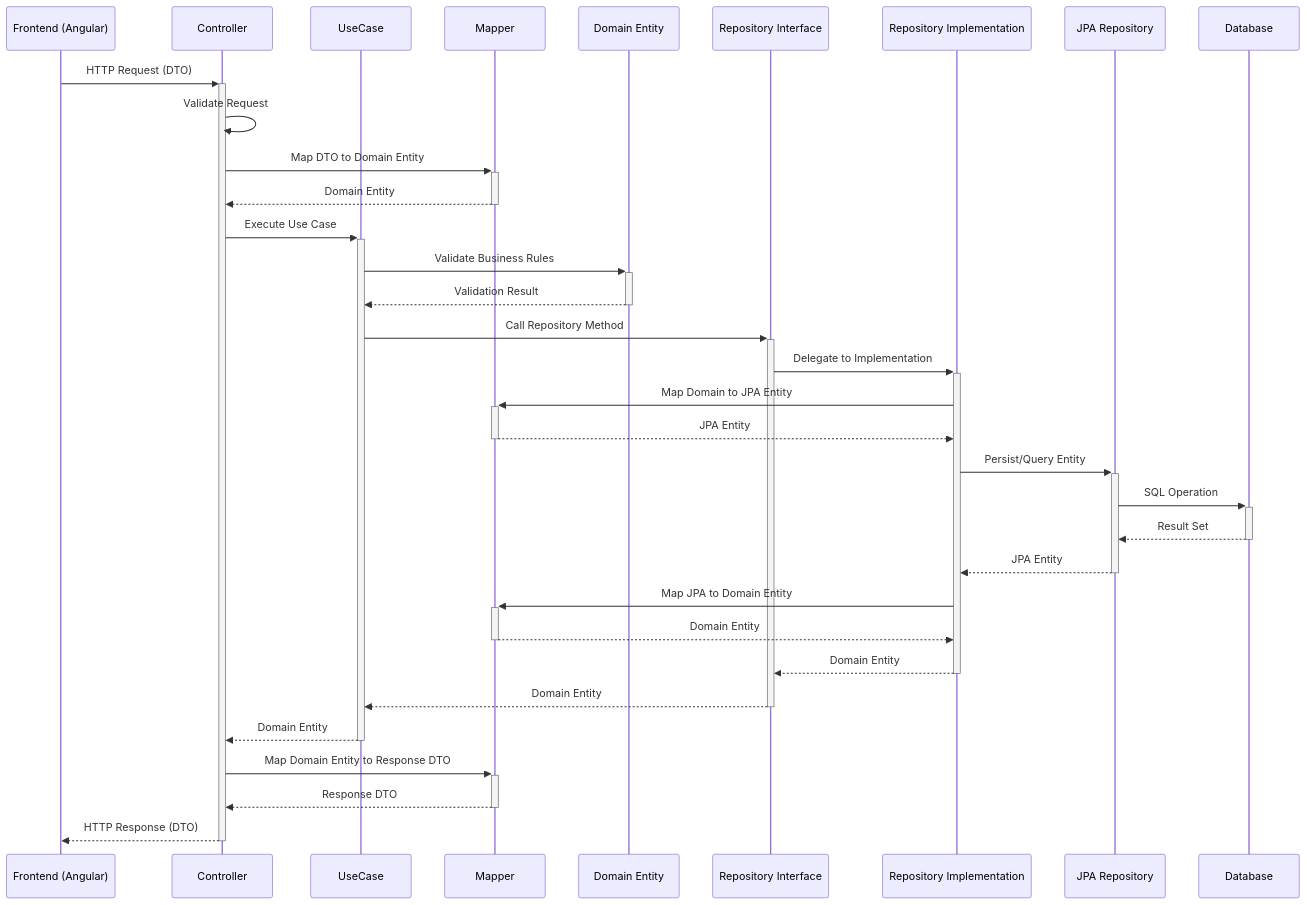
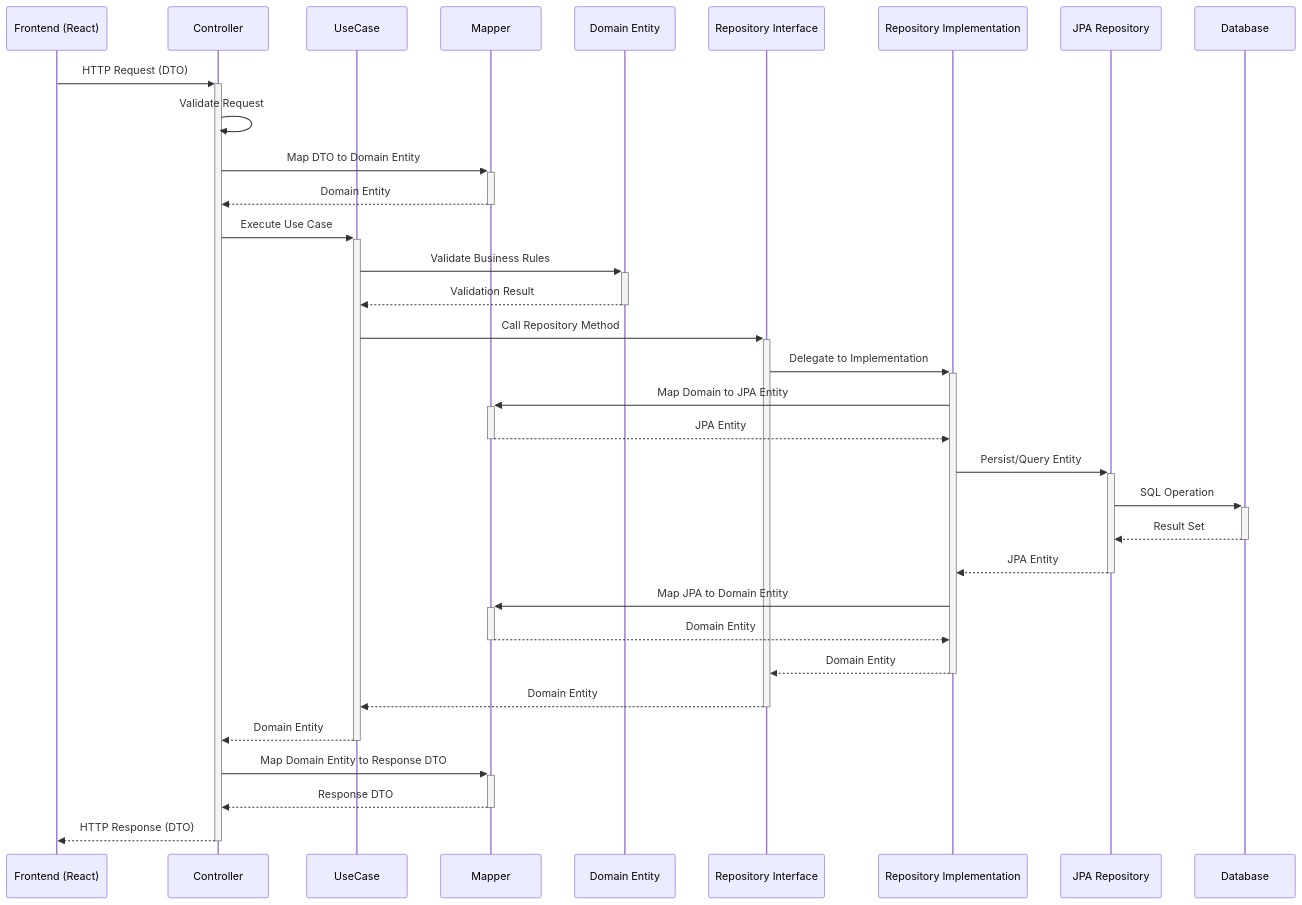
One commit to brunocesaromax/bc-finances changed the first of 2 diagrams in docs/architecture/clean-architecture.md. Above: the diagram before and after it, drawn with Mermaid. The commit also changed 6 other files, not shown here.

````diff
--- a/docs/architecture/clean-architecture.md
+++ b/docs/architecture/clean-architecture.md
@@ -263,36 +263,36 @@
 ```mermaid
 sequenceDiagram
-    participant UI as Frontend (Angular)
+    participant UI as Frontend (React)
     participant C as Controller
     participant UC as UseCase
     participant M as Mapper
     participant E as Domain Entity
     participant R as Repository Interface
     participant RI as Repository Implementation
     participant JPA as JPA Repository
     participant DB as Database
 
     UI->>+C: HTTP Request (DTO)
     C->>C: Validate Request
     C->>+M: Map DTO to Domain Entity
     M-->>-C: Domain Entity
     C->>+UC: Execute Use Case
     UC->>+E: Validate Business Rules
     E-->>-UC: Validation Result
     UC->>+R: Call Repository Method
     R->>+RI: Delegate to Implementation
     RI->>+M: Map Domain to JPA Entity
     M-->>-RI: JPA Entity
     RI->>+JPA: Persist/Query Entity
     JPA->>+DB: SQL Operation
     DB-->>-JPA: Result Set
     JPA-->>-RI: JPA Entity
     RI->>+M: Map JPA to Domain Entity
     M-->>-RI: Domain Entity
     RI-->>-R: Domain Entity
     R-->>-UC: Domain Entity
     UC-->>-C: Domain Entity
     C->>+M: Map Domain Entity to Response DTO
     M-->>-C: Response DTO
     C-->>-UI: HTTP Response (DTO)
 ```
````
